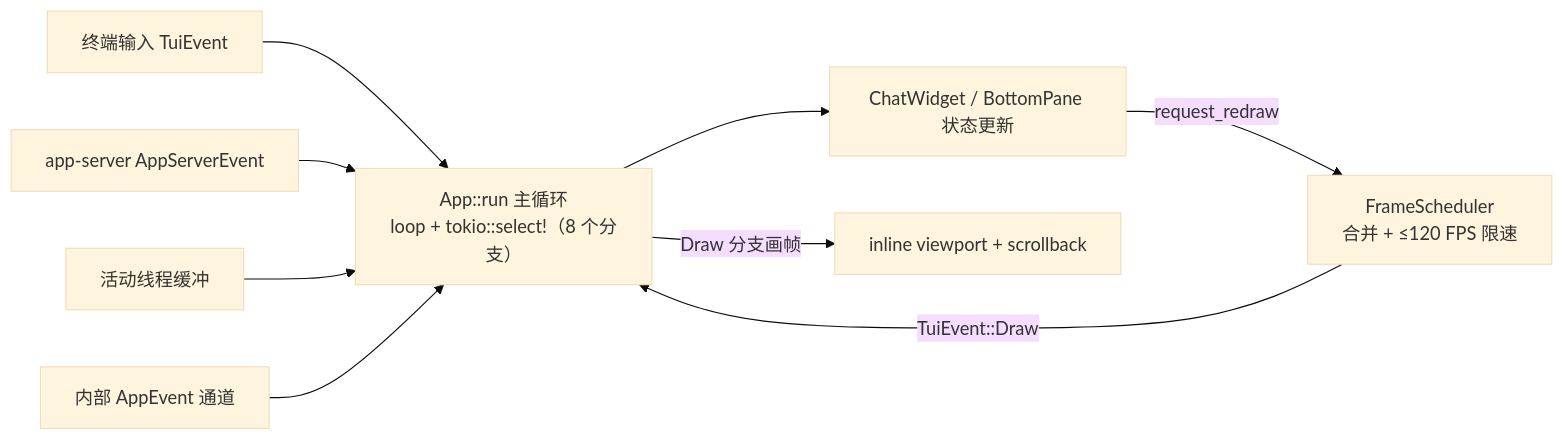
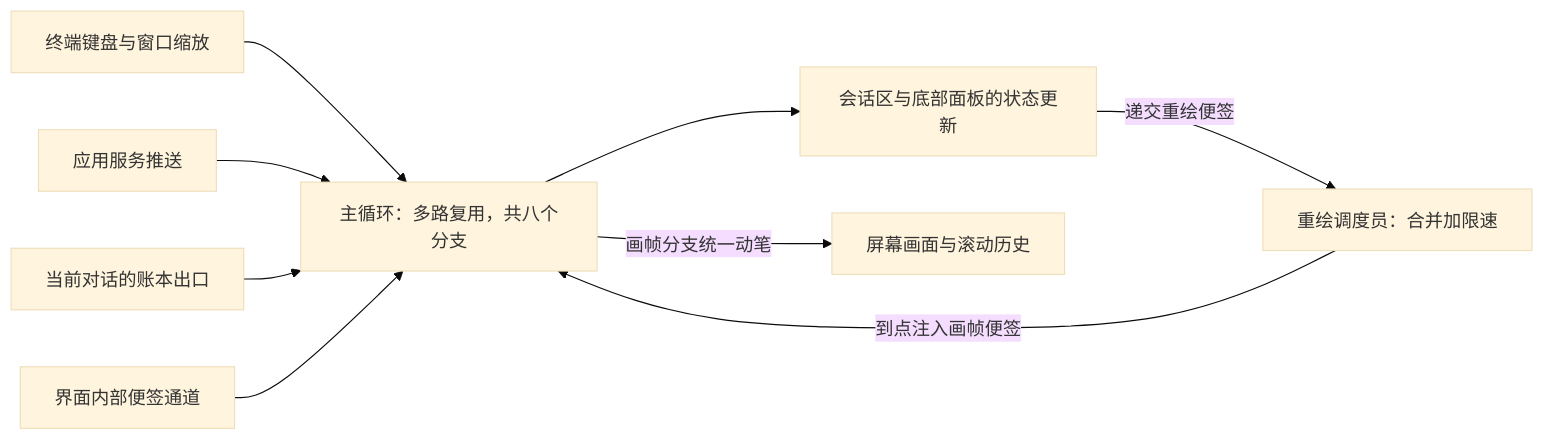
Before and after one commit to 13927/codex-book: the diagram in src/part5/tui.md, drawn with Mermaid (base theme). The commit also changed other lines of this file and 14 other files, not shown here.

````diff
--- a/src/part5/tui.md
+++ b/src/part5/tui.md
@@ -46,20 +53,20 @@
 ```mermaid
 flowchart LR
-    KEY["终端输入 TuiEvent"]
-    SRV["app-server AppServerEvent"]
-    THD["活动线程缓冲"]
-    INT["内部 AppEvent 通道"]
-    LOOP["App::run 主循环<br/>loop + tokio::select!（8 个分支）"]
-    WID["ChatWidget / BottomPane 状态更新"]
-    FS["FrameScheduler<br/>合并 + ≤120 FPS 限速"]
-    OUT["inline viewport + scrollback"]
+    KEY["终端键盘与窗口缩放"]
+    SRV["应用服务推送"]
+    THD["当前对话的账本出口"]
+    INT["界面内部便签通道"]
+    LOOP["主循环：多路复用，共八个分支"]
+    WID["会话区与底部面板的状态更新"]
+    FS["重绘调度员：合并加限速"]
+    OUT["屏幕画面与滚动历史"]
 
     KEY --> LOOP
     SRV --> LOOP
     THD --> LOOP
     INT --> LOOP
     LOOP --> WID
-    WID -- "request_redraw" --> FS
-    FS -- "TuiEvent::Draw" --> LOOP
-    LOOP -- "Draw 分支画帧" --> OUT
+    WID -- "递交重绘便签" --> FS
+    FS -- "到点注入画帧便签" --> LOOP
+    LOOP -- "画帧分支统一动笔" --> OUT
 ```
````
